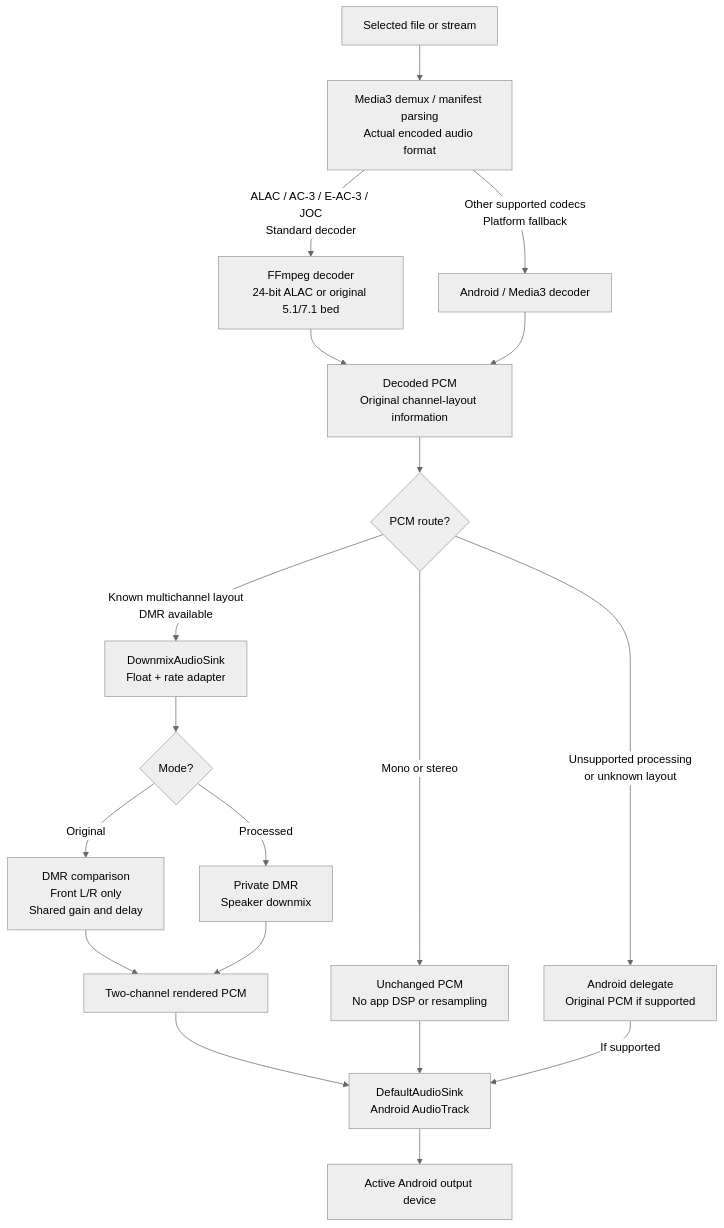
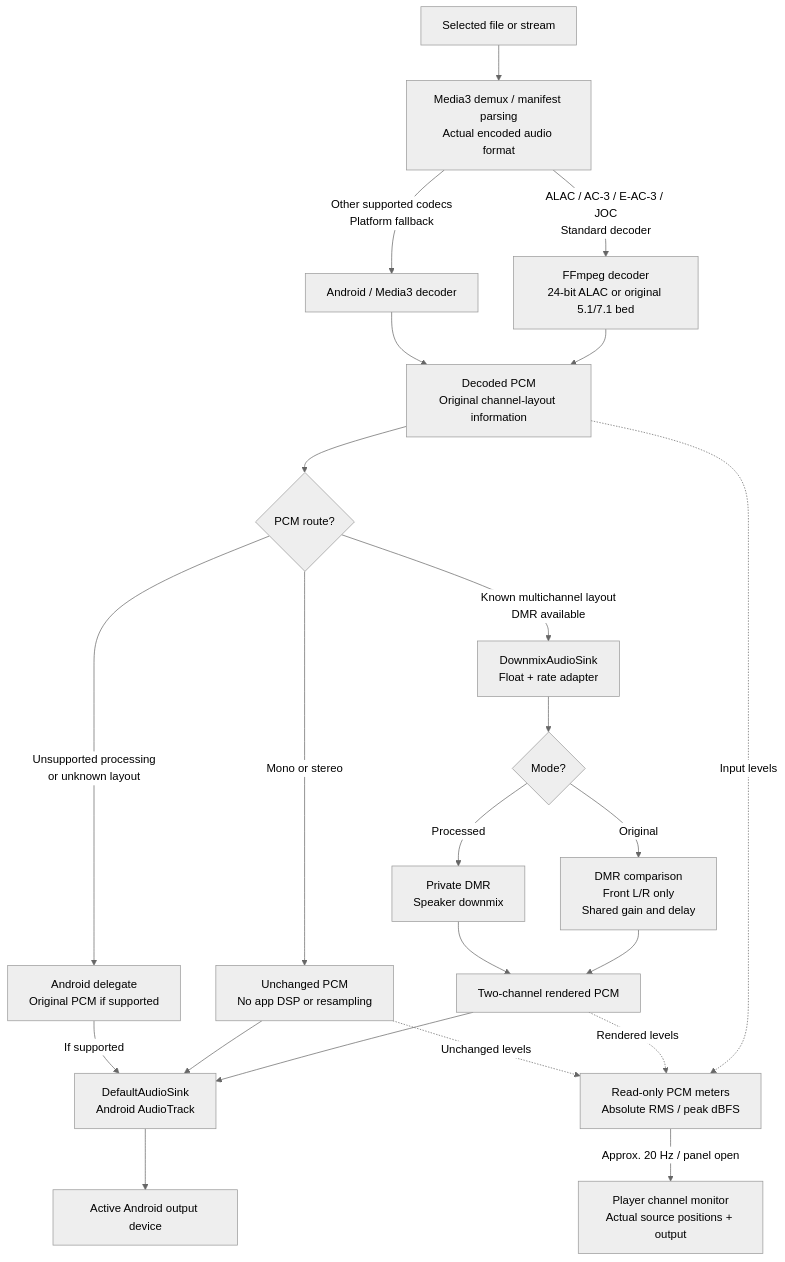
The second of 4 diagrams in README.md (Pradyumna-RN/omni_play), drawn with Mermaid (neutral theme) before and after one commit. The commit also changed other lines of this file and 25 other files, not shown here.

Commit message:
Add measured channel monitor, restore surround level and automate Apple setup

````diff
--- a/README.md
+++ b/README.md
@@ -62,23 +64,27 @@
 ```mermaid
 flowchart TB
     INPUT["Selected file or stream"] --> DEMUX["Media3 demux / manifest parsing<br/>Actual encoded audio format"]
     DEMUX -->|"ALAC / AC-3 / E-AC-3 / JOC<br/>Standard decoder"| FFMPEG["FFmpeg decoder<br/>24-bit ALAC or original 5.1/7.1 bed"]
     DEMUX -->|"Other supported codecs<br/>Platform fallback"| PLATFORM["Android / Media3 decoder"]
     PCM["Decoded PCM<br/>Original channel-layout information"]
     FFMPEG --> PCM
     PLATFORM --> PCM
     PCM --> CHANNELS{"PCM route?"}
 
     CHANNELS -->|"Mono or stereo"| BYPASS["Unchanged PCM<br/>No app DSP or resampling"]
     CHANNELS -->|"Known multichannel layout<br/>DMR available"| ADAPT["DownmixAudioSink<br/>Float + rate adapter"]
     CHANNELS -->|"Unsupported processing<br/>or unknown layout"| ORIGINAL["Android delegate<br/>Original PCM if supported"]
     ADAPT --> MODE{"Mode?"}
     MODE -->|"Original"| FRONT["DMR comparison<br/>Front L/R only<br/>Shared gain and delay"]
     MODE -->|"Processed"| DMR["Private DMR<br/>Speaker downmix"]
     FRONT --> STEREO["Two-channel rendered PCM"]
     DMR --> STEREO
     STEREO --> SINK["DefaultAudioSink<br/>Android AudioTrack"]
     BYPASS --> SINK
     ORIGINAL -->|"If supported"| SINK
+    PCM -.->|"Input levels"| METER["Read-only PCM meters<br/>Absolute RMS / peak dBFS"]
+    STEREO -.->|"Rendered levels"| METER
+    BYPASS -.->|"Unchanged levels"| METER
+    METER -->|"Approx. 20 Hz / panel open"| PANEL["Player channel monitor<br/>Actual source positions + output"]
     SINK --> DEVICE["Active Android output device"]
 ```
````
